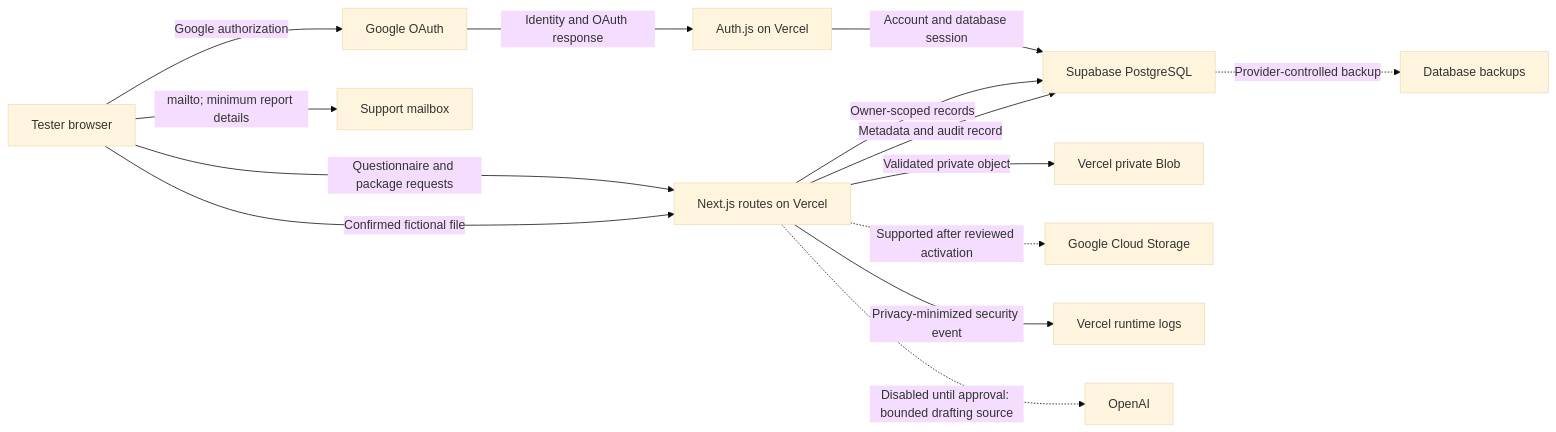
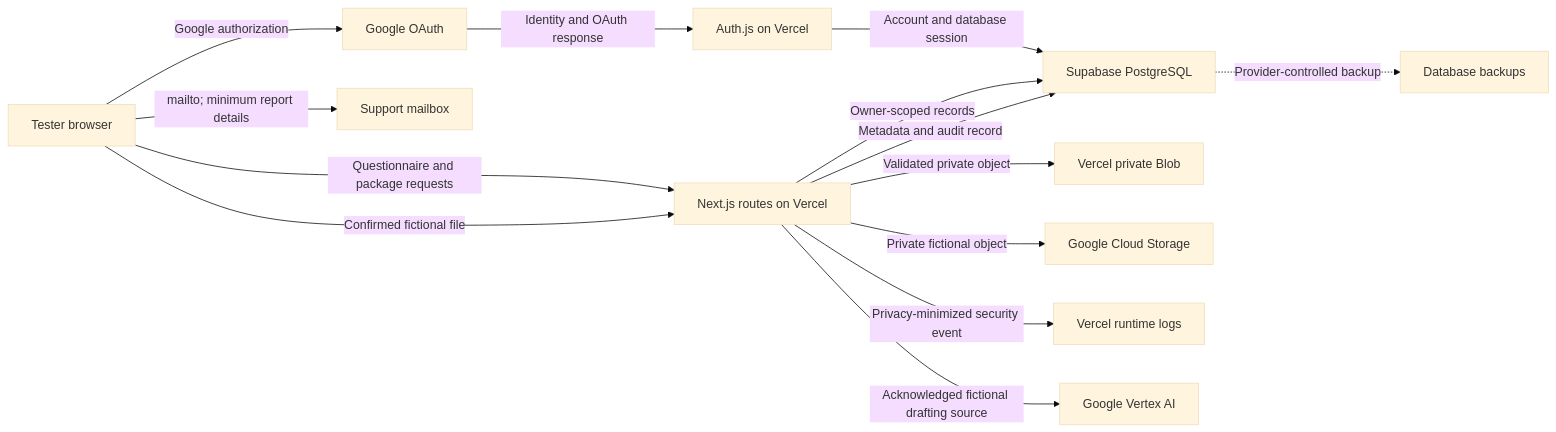
One commit to alpineobserver-cmd/veteran-claims-companion changed the diagram in docs/data-inventory-and-flow.md. Above: the diagram before and after it, drawn with Mermaid (base theme). The commit also changed other lines of this file and 36 other files, not shown here.

Commit message:
add fictional Vertex AI drafting alpha

````diff
--- a/docs/data-inventory-and-flow.md
+++ b/docs/data-inventory-and-flow.md
@@ -147,16 +147,16 @@
 ```mermaid
 flowchart LR
   U["Tester browser"] -->|"Google authorization"| G["Google OAuth"]
   G -->|"Identity and OAuth response"| A["Auth.js on Vercel"]
   A -->|"Account and database session"| P["Supabase PostgreSQL"]
   U -->|"Questionnaire and package requests"| R["Next.js routes on Vercel"]
   R -->|"Owner-scoped records"| P
   U -->|"Confirmed fictional file"| R
   R -->|"Validated private object"| B["Vercel private Blob"]
-  R -. "Supported after reviewed activation" .-> C["Google Cloud Storage"]
+  R -->|"Private fictional object"| C["Google Cloud Storage"]
   R -->|"Metadata and audit record"| P
   R -->|"Privacy-minimized security event"| L["Vercel runtime logs"]
   U -->|"mailto; minimum report details"| S["Support mailbox"]
-  R -. "Disabled until approval: bounded drafting source" .-> O["OpenAI"]
+  R -->|"Acknowledged fictional drafting source"| O["Google Vertex AI"]
   P -. "Provider-controlled backup" .-> PB["Database backups"]
 ```
````
